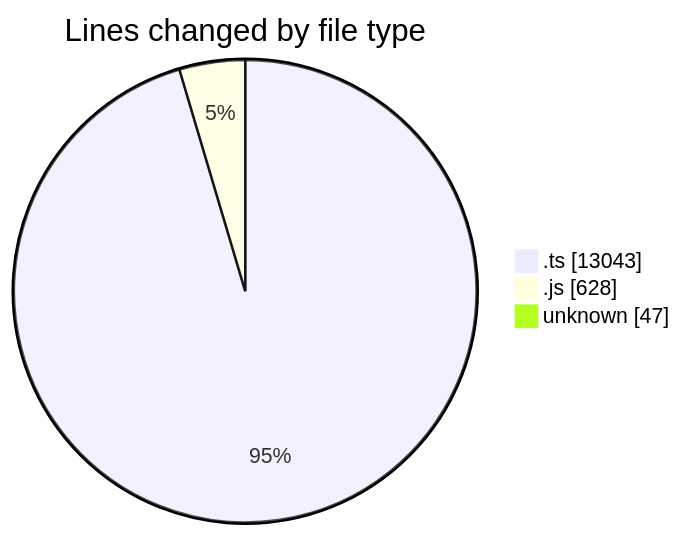
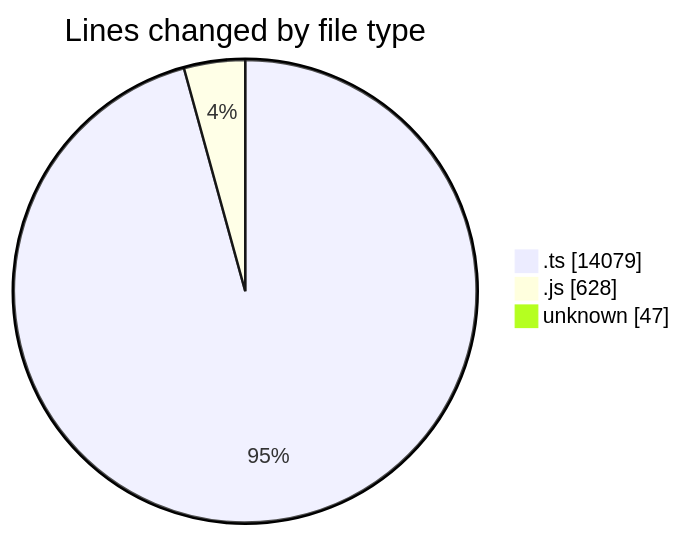
Before and after one commit to momahboobian/code-tracking: the first of 2 diagrams in 2025-09-05/cda/README.md, drawn with Mermaid. The commit also changed other lines of this file and 1 other file, not shown here.

````diff
--- a/2025-09-05/cda/README.md
+++ b/2025-09-05/cda/README.md
@@ -27,7 +27,7 @@
 ```mermaid
 pie showData
 title Lines changed by file type
-".ts" : 13043
+".ts" : 14079
 ".js" : 628
 "unknown" : 47
 ```
````
